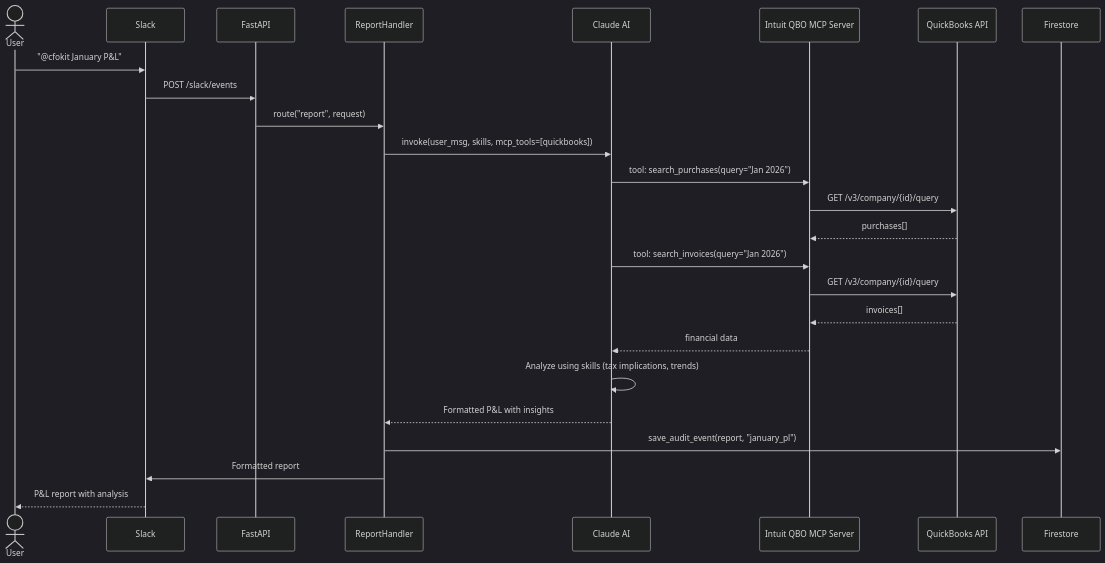
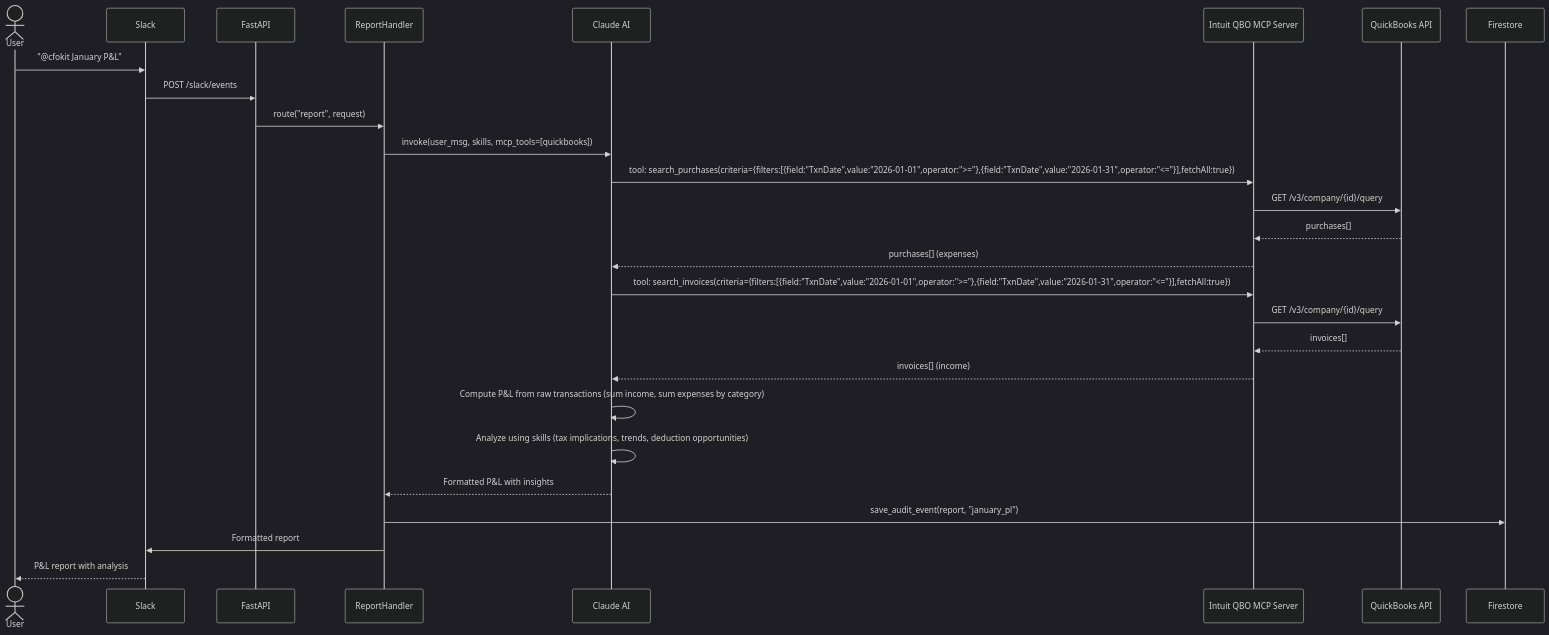
The second of 5 diagrams in docs/PRD.md (cfokit/cfokit), drawn with Mermaid (dark theme) before and after one commit. The commit also changed other lines of this file and 1 other file, not shown here.

First line of the commit message:
Update PRD with actual Intuit QBO MCP server interface

````diff
--- a/docs/PRD.md
+++ b/docs/PRD.md
@@ -67,30 +69,33 @@
 ```mermaid
 sequenceDiagram
     actor User
     participant Slack
     participant FastAPI
     participant Handler as ReportHandler
     participant Claude as Claude AI
     participant MCP as Intuit QBO MCP Server
     participant QB as QuickBooks API
 
     User->>Slack: "@cfokit January P&L"
     Slack->>FastAPI: POST /slack/events
     FastAPI->>Handler: route("report", request)
     Handler->>Claude: invoke(user_msg, skills, mcp_tools=[quickbooks])
 
-    Claude->>MCP: tool: search_purchases(query="Jan 2026")
+    Claude->>MCP: tool: search_purchases(criteria={filters:[{field:"TxnDate",value:"2026-01-01",operator:">="},{field:"TxnDate",value:"2026-01-31",operator:"<="}],fetchAll:true})
     MCP->>QB: GET /v3/company/{id}/query
     QB-->>MCP: purchases[]
-    Claude->>MCP: tool: search_invoices(query="Jan 2026")
+    MCP-->>Claude: purchases[] (expenses)
+
+    Claude->>MCP: tool: search_invoices(criteria={filters:[{field:"TxnDate",value:"2026-01-01",operator:">="},{field:"TxnDate",value:"2026-01-31",operator:"<="}],fetchAll:true})
     MCP->>QB: GET /v3/company/{id}/query
     QB-->>MCP: invoices[]
-    MCP-->>Claude: financial data
+    MCP-->>Claude: invoices[] (income)
 
-    Claude->>Claude: Analyze using skills (tax implications, trends)
+    Claude->>Claude: Compute P&L from raw transactions (sum income, sum expenses by category)
+    Claude->>Claude: Analyze using skills (tax implications, trends, deduction opportunities)
     Claude-->>Handler: Formatted P&L with insights
 
     Handler->>Firestore: save_audit_event(report, "january_pl")
     Handler->>Slack: Formatted report
     Slack-->>User: P&L report with analysis
 ```
````
